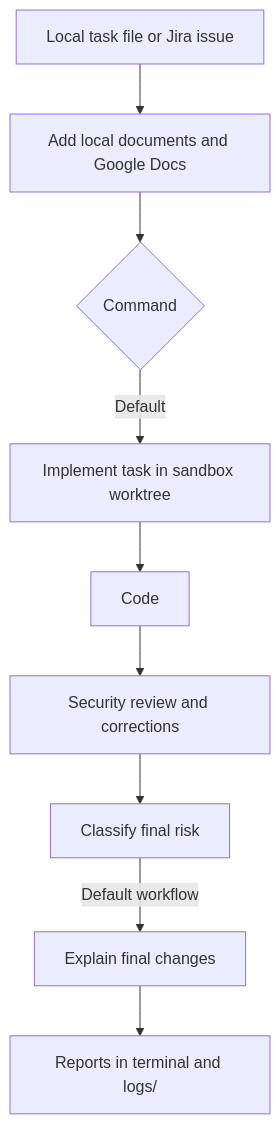
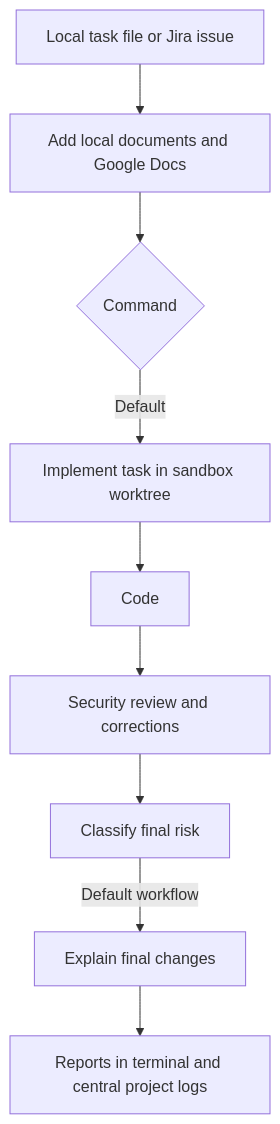
Before and after one commit to ernesto27/ai-tools: the diagram in soft-factory/README.md, drawn with Mermaid. The commit also changed other lines of this file and 10 other files, not shown here.

Commit message:
Store project logs in Factory config folder

````diff
--- a/soft-factory/README.md
+++ b/soft-factory/README.md
@@ -348,11 +355,11 @@
 ```mermaid
 flowchart TD
     Task[Local task file or Jira issue] --> Context[Add local documents and Google Docs]
     Context --> Mode{Command}
     Mode -->|Default| Implement[Implement task in sandbox worktree]
     Implement --> Code
     Code --> Security[Security review and corrections]
     Security --> Risk[Classify final risk]
     Risk -->|Default workflow| Changes[Explain final changes]
-    Changes --> DefaultReports[Reports in terminal and logs/]
+    Changes --> DefaultReports[Reports in terminal and central project logs]
 ```
````
